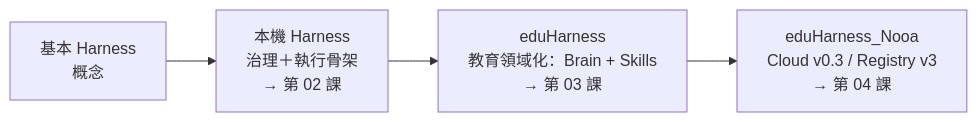
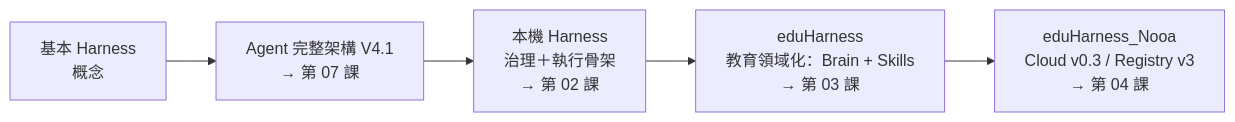
Before and after one commit to bai-collab/llm_teach: the second of 2 diagrams in lessons/01-what-is-a-harness.md, drawn with Mermaid. The commit also changed 4 other files, not shown here.

First line of the commit message:
Add lesson 07: AI Agent architecture V4.1 (Harness, Agent loop, Hooks)

````diff
--- a/lessons/01-what-is-a-harness.md
+++ b/lessons/01-what-is-a-harness.md
@@ -52,6 +52,6 @@
 ```mermaid
 flowchart LR
-    A[基本 Harness<br/>概念] --> B["本機 Harness<br/>治理＋執行骨架<br/>→ 第 02 課"]
+    A[基本 Harness<br/>概念] --> A2["Agent 完整架構 V4.1<br/>→ 第 07 課"] --> B["本機 Harness<br/>治理＋執行骨架<br/>→ 第 02 課"]
     B --> C["eduHarness<br/>教育領域化：Brain + Skills<br/>→ 第 03 課"]
     C --> D["eduHarness_Nooa<br/>Cloud v0.3 / Registry v3<br/>→ 第 04 課"]
 ```
````
